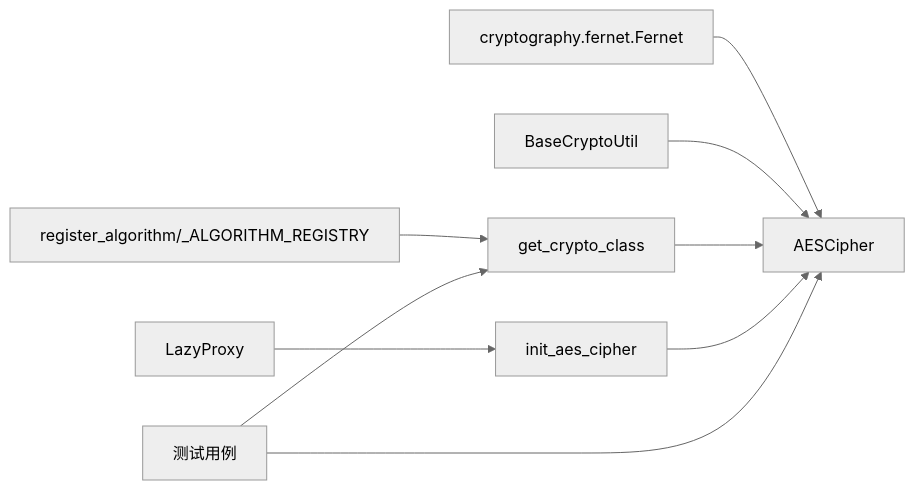
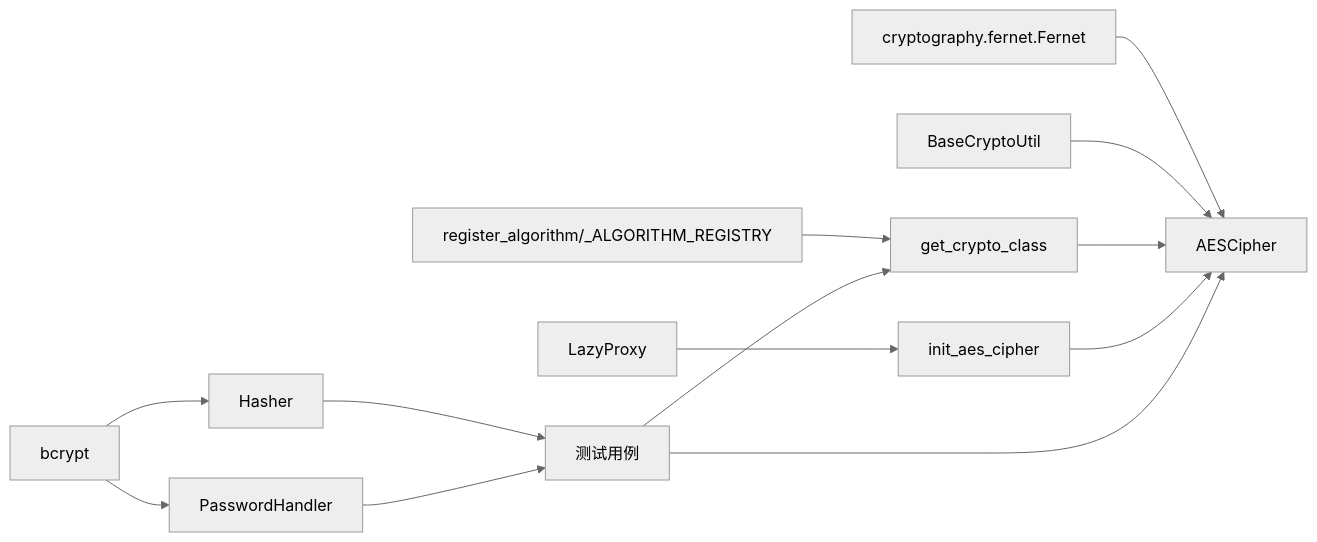
The eighth of 8 diagrams in .qoder/repowiki/zh/content/基础设施工具/加密工具.md (lilinzezzzzzz/fastapi-backend), drawn with Mermaid (neutral theme) before and after one commit. The commit also changed other lines of this file and 38 other files, not shown here.

````diff
--- a/.qoder/repowiki/zh/content/基础设施工具/加密工具.md
+++ b/.qoder/repowiki/zh/content/基础设施工具/加密工具.md
@@ -240,11 +312,15 @@
 ```mermaid
 graph LR
 Fernet["cryptography.fernet.Fernet"] --> AES["AESCipher"]
 Base["BaseCryptoUtil"] --> AES
 Reg["register_algorithm/_ALGORITHM_REGISTRY"] --> Factory["get_crypto_class"]
 Factory --> AES
 Init["init_aes_cipher"] --> AES
 Proxy["LazyProxy"] --> Init
 Tests["测试用例"] --> AES
 Tests --> Factory
+bcrypt["bcrypt"] --> Hasher["Hasher"]
+bcrypt --> PasswordHandler["PasswordHandler"]
+Hasher --> Tests
+PasswordHandler --> Tests
 ```
````
